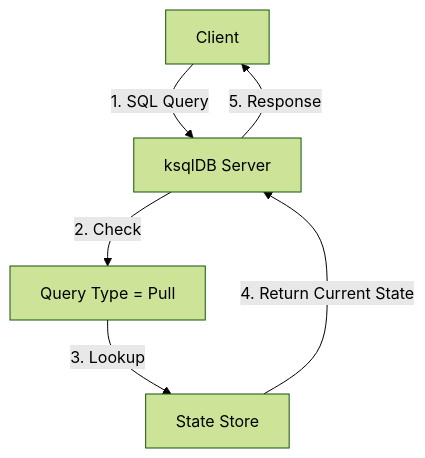
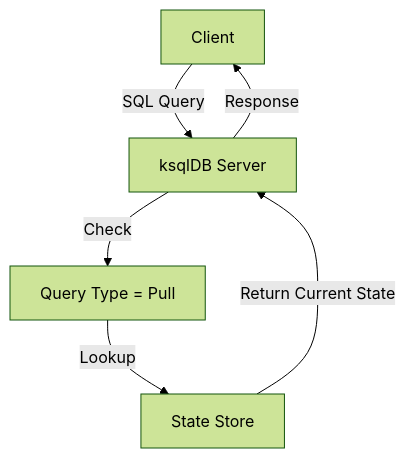
One commit to choesimin/choesimin.github.io changed the first of 3 diagrams in collections/_skills/kafka/ksqldb/query.md. Above: the diagram before and after it, drawn with Mermaid (forest theme). The commit also changed other lines of this file and 1 other file, not shown here.

````diff
--- a/collections/_skills/kafka/ksqldb/query.md
+++ b/collections/_skills/kafka/ksqldb/query.md
@@ -107,13 +107,13 @@
 ```mermaid
 flowchart TD
     client[Client]
     server[ksqlDB Server]
     type_check[Query Type = Pull]
     state_store[State Store]
 
-    client -->|1. SQL Query| server
-    server -->|2. Check| type_check
-    type_check -->|3. Lookup| state_store
-    state_store -->|4. Return Current State| server
-    server -->|5. Response| client
+    client -->|SQL Query| server
+    server -->|Check| type_check
+    type_check -->|Lookup| state_store
+    state_store -->|Return Current State| server
+    server -->|Response| client
 ```
````
